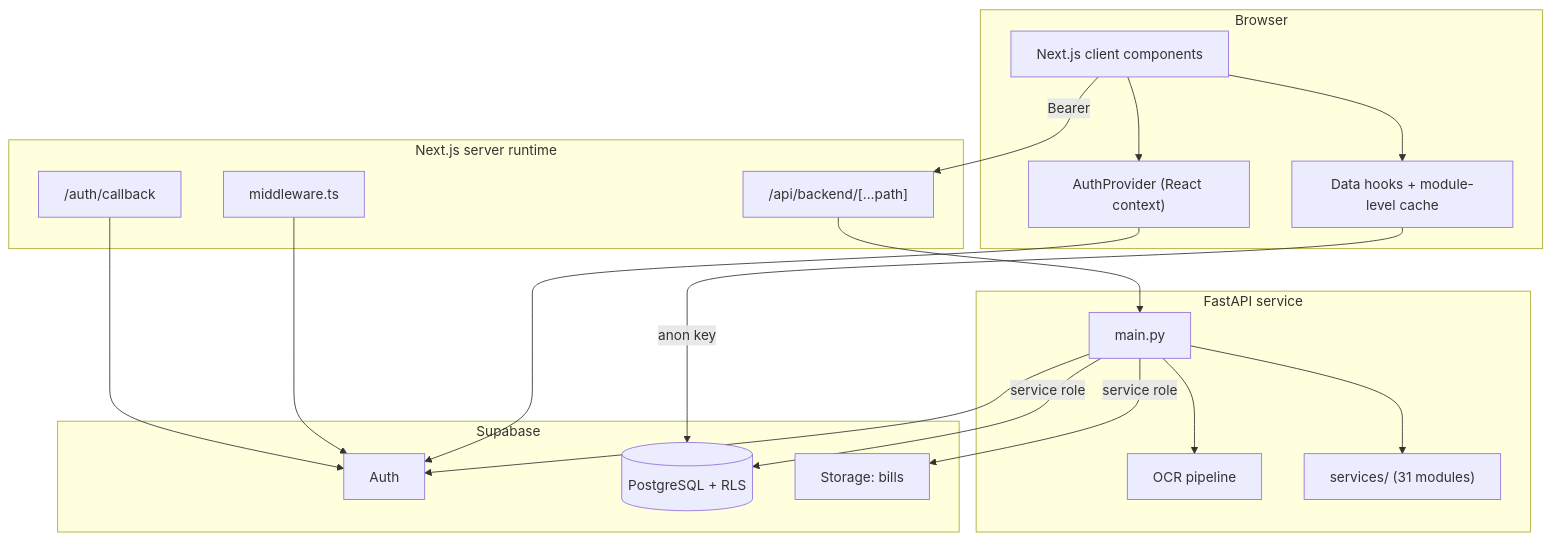
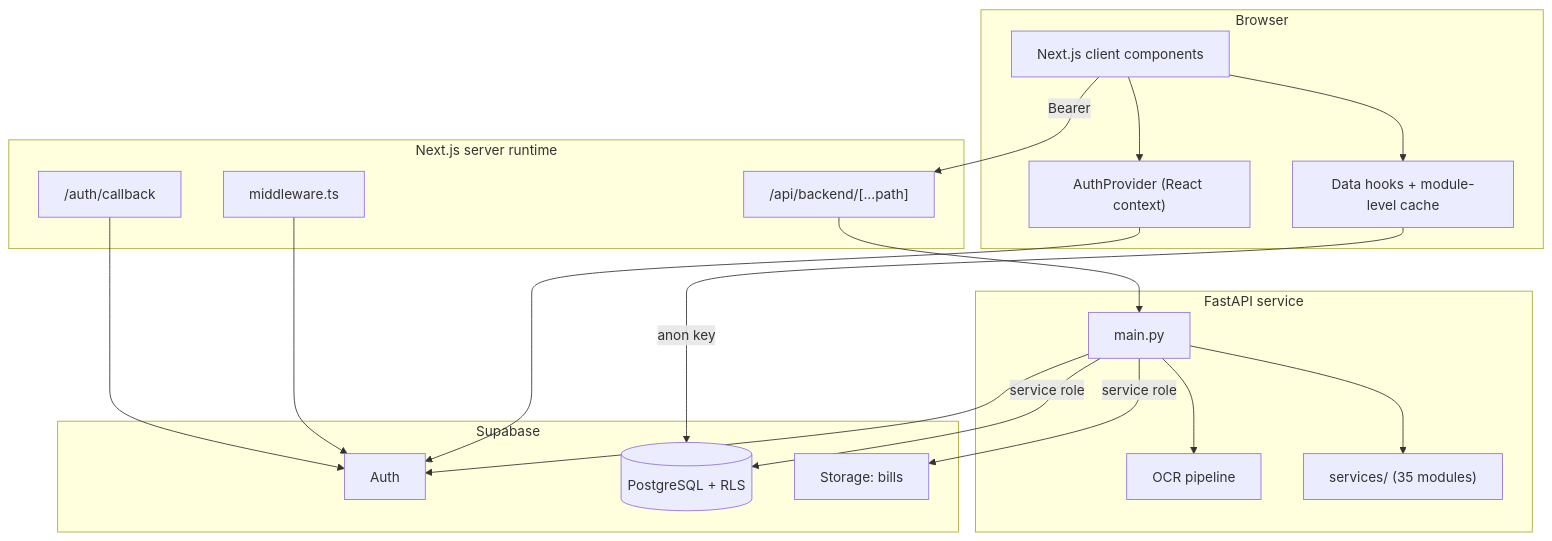
Before and after one commit to GANDLA-ARAVIND/WATT-WISE-PROJECT: the first of 6 diagrams in blogs/architecture.md, drawn with Mermaid. The commit also changed other lines of this file and 6 other files, not shown here.

````diff
--- a/blogs/architecture.md
+++ b/blogs/architecture.md
@@ -30,37 +30,37 @@
 ```mermaid
 graph TB
   subgraph Browser
     UI["Next.js client components"]
     HOOKS["Data hooks + module-level cache"]
     AUTHP["AuthProvider (React context)"]
   end
   subgraph NextRuntime["Next.js server runtime"]
     MW["middleware.ts"]
     CB["/auth/callback"]
     PROXY["/api/backend/[...path]"]
   end
   subgraph FastAPI["FastAPI service"]
     ROUTES["main.py"]
     OCR["OCR pipeline"]
-    SERVICES["services/ (31 modules)"]
+    SERVICES["services/ (35 modules)"]
   end
   subgraph Supabase
     SBAUTH["Auth"]
     PG[("PostgreSQL + RLS")]
     STORE["Storage: bills"]
   end
 
   UI --> HOOKS
   UI --> AUTHP
   HOOKS -->|anon key| PG
   AUTHP --> SBAUTH
   UI -->|Bearer| PROXY
   MW --> SBAUTH
   CB --> SBAUTH
   PROXY --> ROUTES
   ROUTES --> OCR
   ROUTES --> SERVICES
   ROUTES -->|service role| PG
   ROUTES -->|service role| STORE
   ROUTES --> SBAUTH
 ```
````
